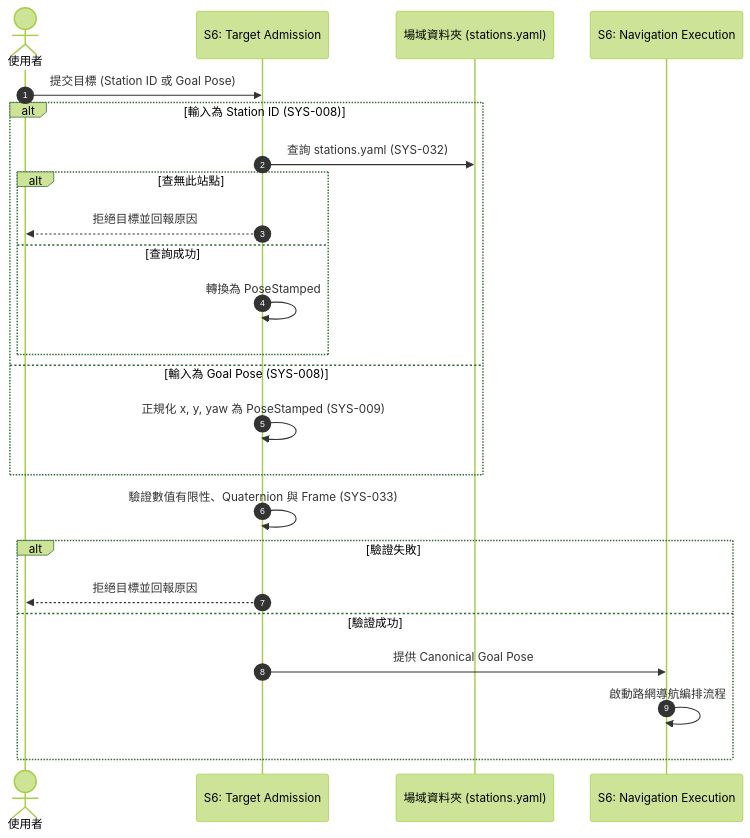
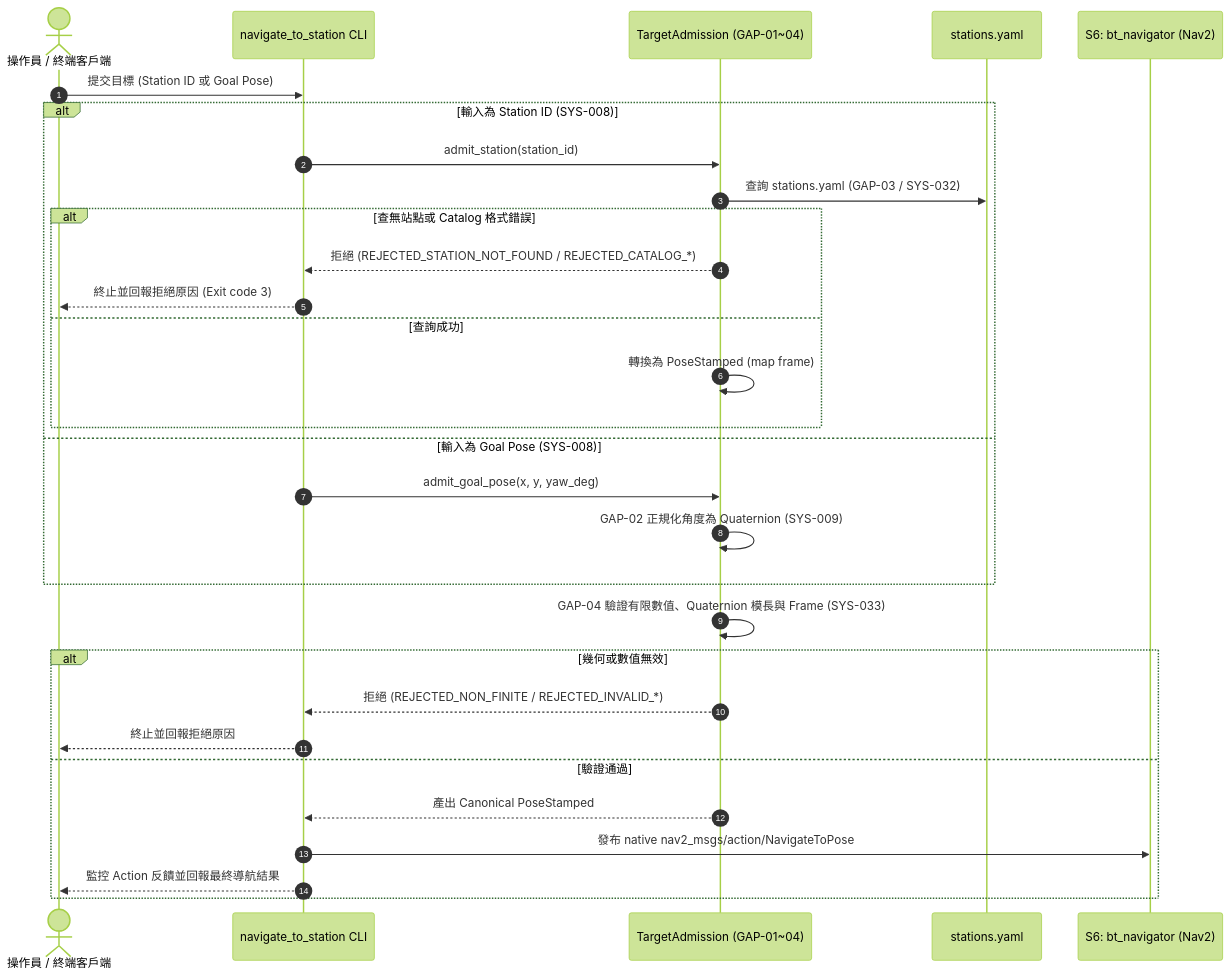
The third of 4 diagrams in docs/05_architecture.md (monkey30440/mobile_base), drawn with Mermaid (forest theme) before and after one commit. The commit also changed other lines of this file and 1 other file, not shown here.

Commit message:
docs(architecture): consolidate as-built system architecture

````diff
--- a/docs/05_architecture.md
+++ b/docs/05_architecture.md
@@ -412,28 +437,34 @@
 ```mermaid
 sequenceDiagram
     autonumber
-    actor User as 使用者
-    participant S6_Adm as S6: Target Admission
-    participant Site as 場域資料夾 (stations.yaml)
-    participant S6_Nav as S6: Navigation Execution
+    actor User as 操作員 / 終端客戶端
+    participant App as navigate_to_station CLI
+    participant Adm as TargetAdmission (GAP-01~04)
+    participant Catalog as stations.yaml
+    participant BT as S6: bt_navigator (Nav2)
 
-    User->>S6_Adm: 提交目標 (Station ID 或 Goal Pose)
+    User->>App: 提交目標 (Station ID 或 Goal Pose)
     alt 輸入為 Station ID (SYS-008)
-        S6_Adm->>Site: 查詢 stations.yaml (SYS-032)
-        alt 查無此站點
-            S6_Adm-->>User: 拒絕目標並回報原因
+        App->>Adm: admit_station(station_id)
+        Adm->>Catalog: 查詢 stations.yaml (GAP-03 / SYS-032)
+        alt 查無站點或 Catalog 格式錯誤
+            Adm-->>App: 拒絕 (REJECTED_STATION_NOT_FOUND / REJECTED_CATALOG_*)
+            App-->>User: 終止並回報拒絕原因 (Exit code 3)
         else 查詢成功
-            S6_Adm->>S6_Adm: 轉換為 PoseStamped
+            Adm->>Adm: 轉換為 PoseStamped (map frame)
         end
     else 輸入為 Goal Pose (SYS-008)
-        S6_Adm->>S6_Adm: 正規化 x, y, yaw 為 PoseStamped (SYS-009)
+        App->>Adm: admit_goal_pose(x, y, yaw_deg)
+        Adm->>Adm: GAP-02 正規化角度為 Quaternion (SYS-009)
     end
 
-    S6_Adm->>S6_Adm: 驗證數值有限性、Quaternion 與 Frame (SYS-033)
-    alt 驗證失敗
-        S6_Adm-->>User: 拒絕目標並回報原因
-    else 驗證成功
-        S6_Adm->>S6_Nav: 提供 Canonical Goal Pose
-        S6_Nav->>S6_Nav: 啟動路網導航編排流程
+    Adm->>Adm: GAP-04 驗證有限數值、Quaternion 模長與 Frame (SYS-033)
+    alt 幾何或數值無效
+        Adm-->>App: 拒絕 (REJECTED_NON_FINITE / REJECTED_INVALID_*)
+        App-->>User: 終止並回報拒絕原因
+    else 驗證通過
+        Adm-->>App: 產出 Canonical PoseStamped
+        App->>BT: 發布 native nav2_msgs/action/NavigateToPose
+        App-->>User: 監控 Action 反饋並回報最終導航結果
     end
 ```
````
